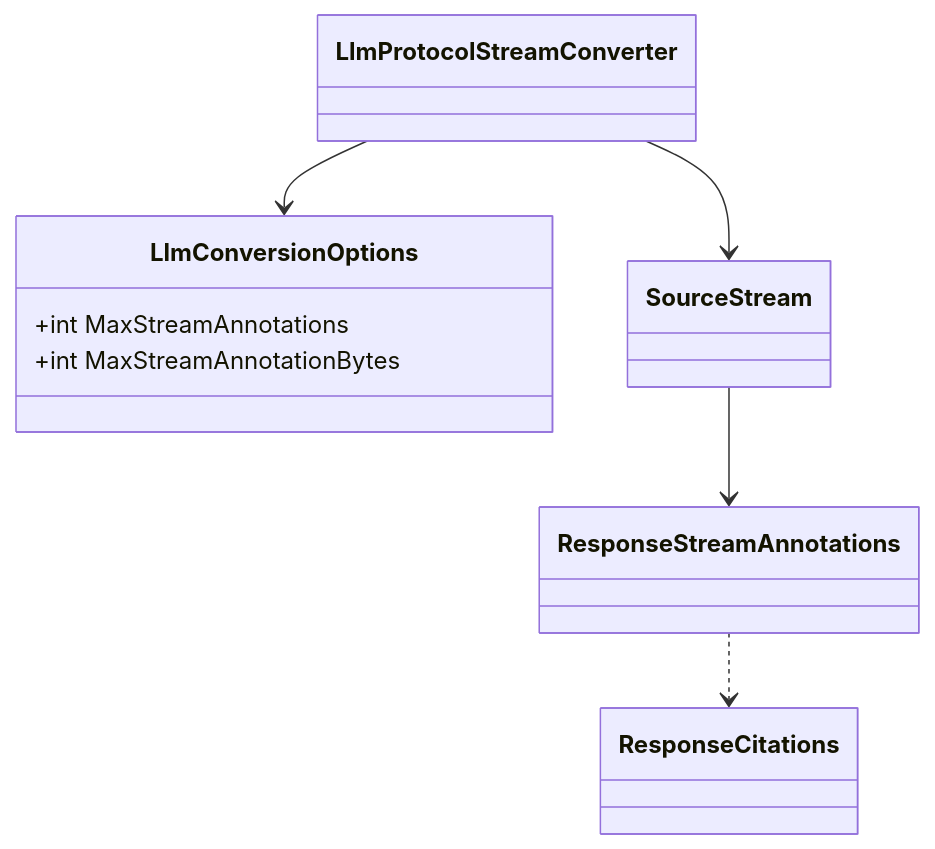
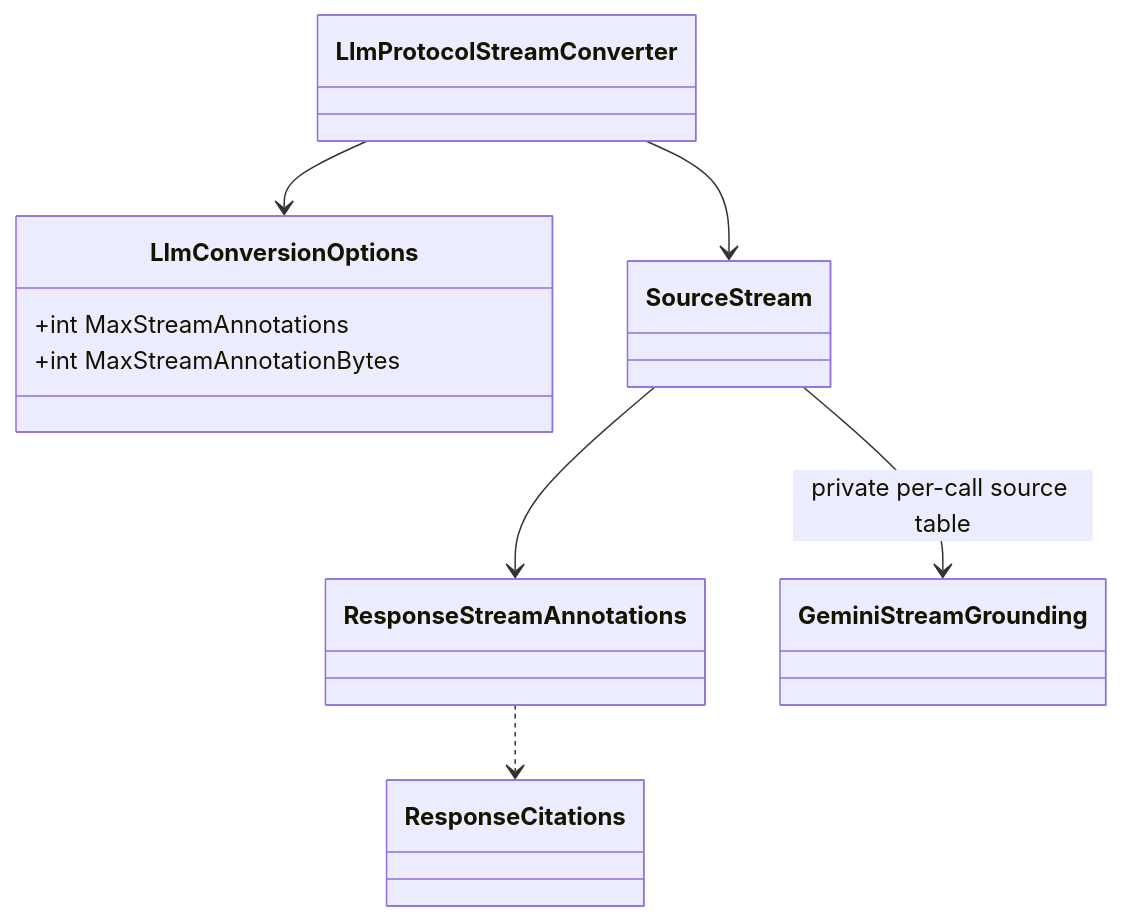
Before and after one commit to BenLampson/Asgard.Loki: diagram 13 of 26 in docs/architecture.md, drawn with Mermaid. The commit also changed other lines of this file and 18 other files, not shown here.

Commit message:
fix(conversion): validate cumulative Gemini grounding stream references

````diff
--- a/docs/architecture.md
+++ b/docs/architecture.md
@@ -440,11 +440,12 @@
 ```mermaid
 classDiagram
 class LlmConversionOptions {
   +int MaxStreamAnnotations
   +int MaxStreamAnnotationBytes
 }
 LlmProtocolStreamConverter --> LlmConversionOptions
 LlmProtocolStreamConverter --> SourceStream
 SourceStream --> ResponseStreamAnnotations
+SourceStream --> GeminiStreamGrounding : private per-call source table
 ResponseStreamAnnotations ..> ResponseCitations
 ```
````
